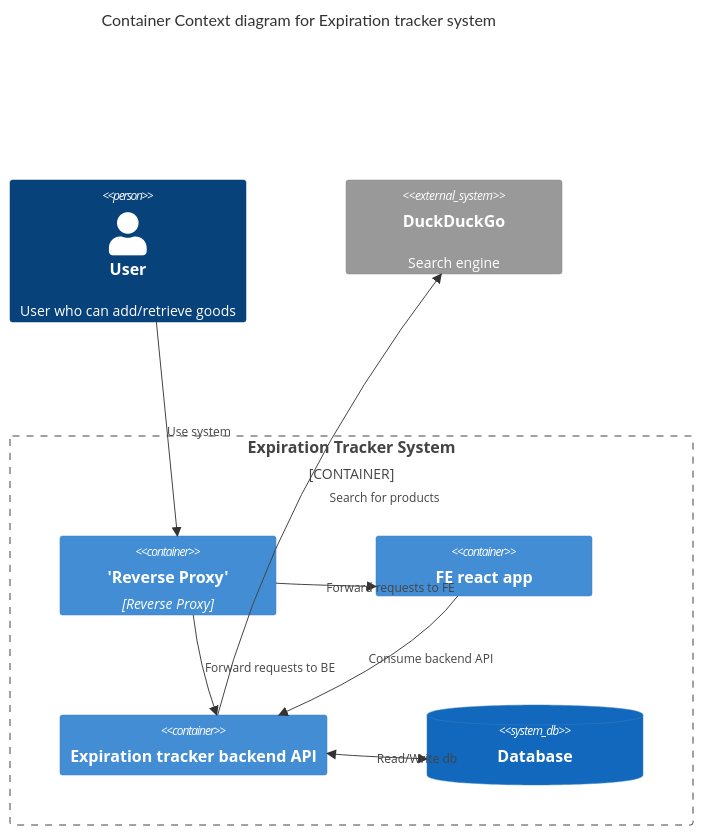
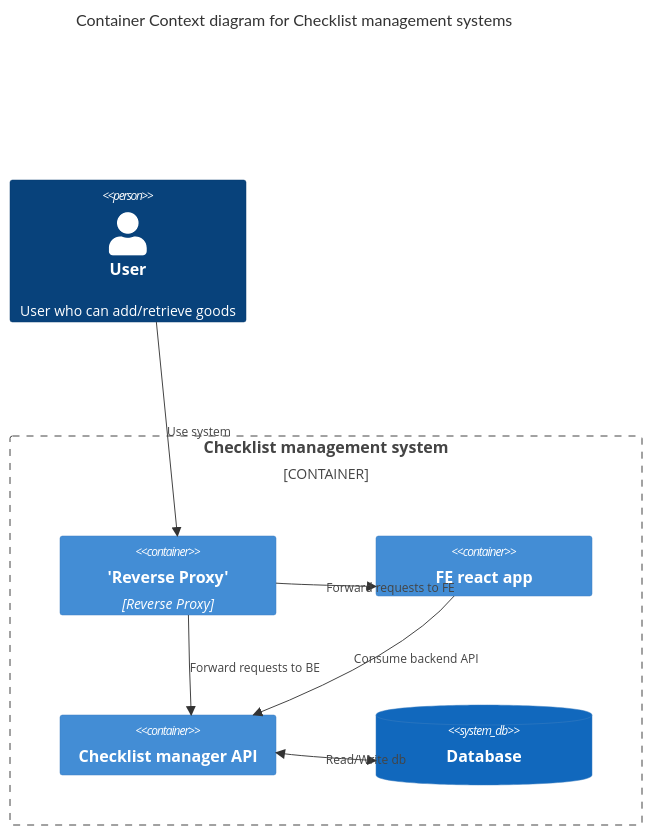
One commit to HomeLabHQ/checklist-manager changed the diagram in docs/c4/container.md. Above: the diagram before and after it, drawn with Mermaid. The commit also changed 10 other files, not shown here.

````diff
--- a/docs/c4/container.md
+++ b/docs/c4/container.md
@@ -1,19 +1,17 @@
 ```mermaid
 C4Container
-      title Container Context diagram for Expiration tracker system
+      title Container Context diagram for Checklist management systems
         Person(user, "User", "User who can add/retrieve goods")
-        Container_Boundary(expiration-tracker-boundary, "Expiration Tracker System") {
+        Container_Boundary(checklist-manager-boundary, "Checklist management system") {
         Rel(user, proxy, "Use system")
-        Rel(proxy, expiration-tracker-be, "Forward requests to BE")
-        Rel(proxy, expiration-tracker-fe, "Forward requests to FE")
+        Rel(proxy, checklist-manager-be, "Forward requests to BE")
+        Rel(proxy, checklist-manager-fe, "Forward requests to FE")
         Container(proxy, 'Reverse Proxy', "Reverse Proxy")
-        Container(expiration-tracker-fe, "FE react app")
-        Container(expiration-tracker-be, "Expiration tracker backend API")
-        SystemDb(expiration-tracker-db, "Database")
-        BiRel(expiration-tracker-be, expiration-tracker-db, "Read/Write db")
-        Rel(expiration-tracker-fe,expiration-tracker-be, "Consume backend API")
+        Container(checklist-manager-fe, "FE react app")
+        Container(checklist-manager-be, "Checklist manager API")
+        SystemDb(checklist-manager-db, "Database")
+        BiRel(checklist-manager-be, checklist-manager-db, "Read/Write db")
+        Rel(checklist-manager-fe,checklist-manager-be, "Consume backend API")
       }
-      System_Ext('duckduckgo', "DuckDuckGo", "Search engine")
-      Rel(expiration-tracker-be, 'duckduckgo', "Search for products")
       UpdateLayoutConfig($c4ShapeInRow="2", $c4BoundaryInRow="2")
 ```
````
